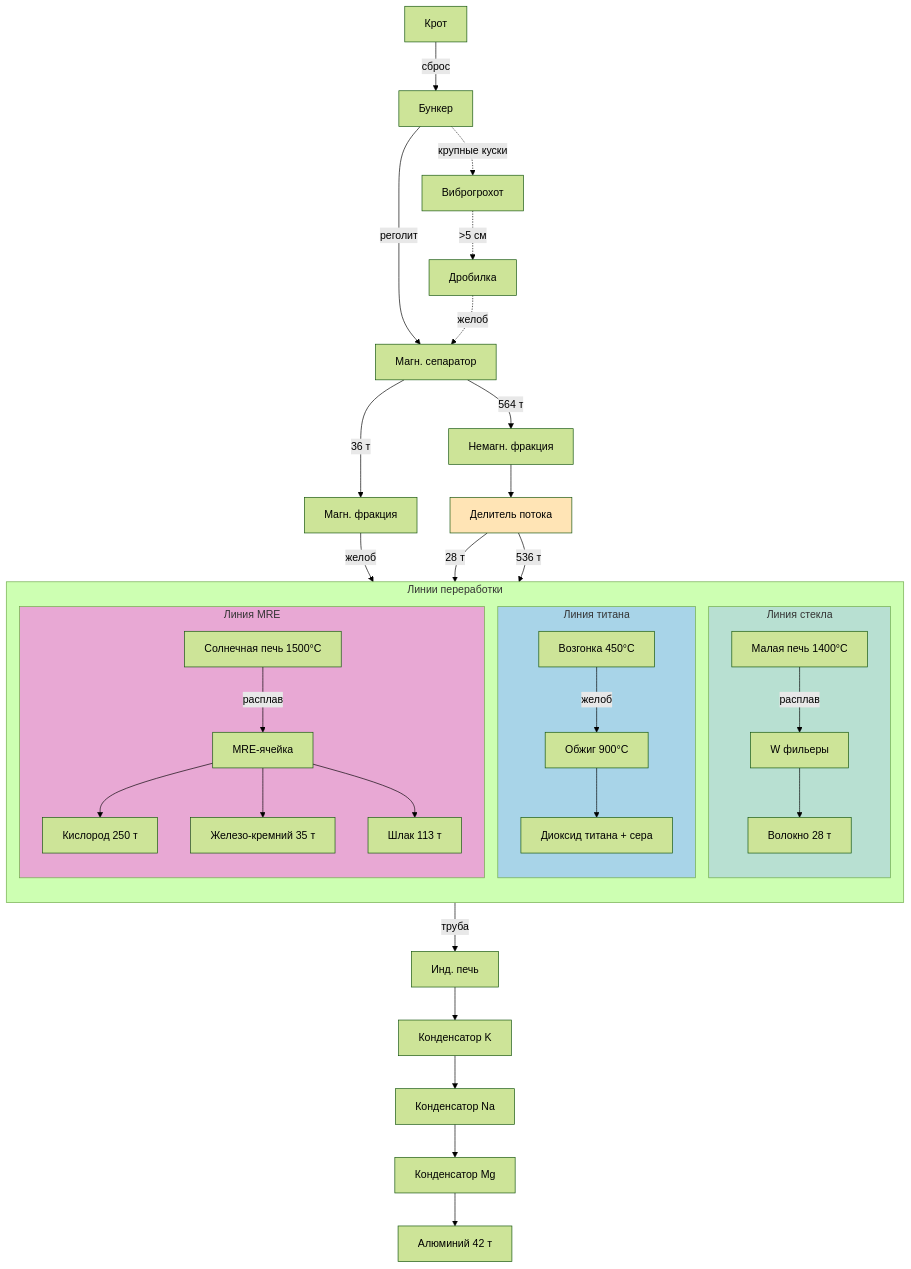
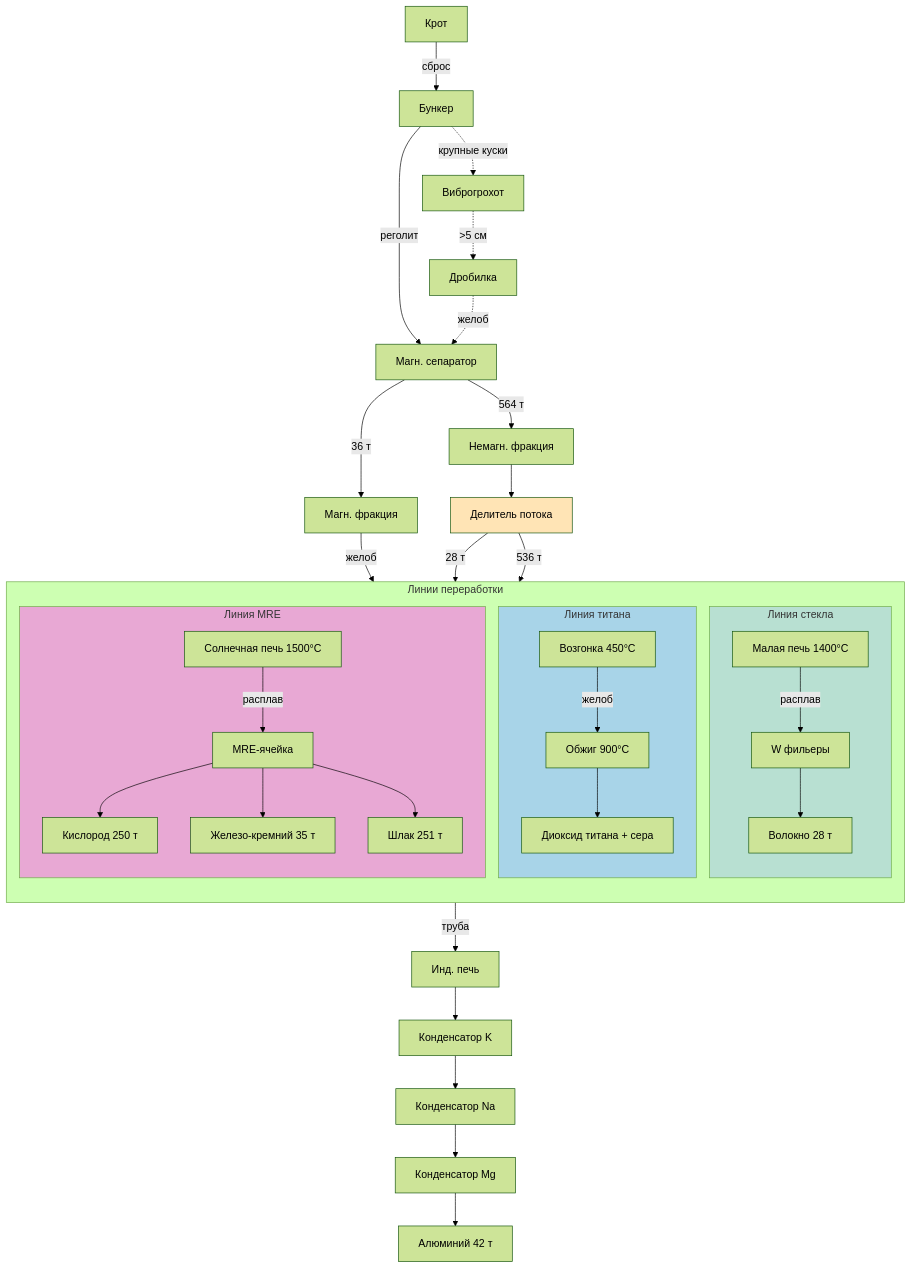
The first of 2 diagrams in ru/science/detailed/materials/overview.qmd (DmitryNasikanov/infinite-energy), drawn with Mermaid (forest theme) before and after one commit. The commit also changed other lines of this file and 24 other files, not shown here.

````diff
--- a/ru/science/detailed/materials/overview.qmd
+++ b/ru/science/detailed/materials/overview.qmd
@@ -38,59 +38,59 @@
 ```{mermaid}
 flowchart TD
     %% ДОБЫЧА И ПОДГОТОВКА
     KROT[Крот] -->|сброс| BUN[Бункер]
     BUN -->|реголит| SEP[Магн. сепаратор]
     BUN -.->|крупные куски| GR[Виброгрохот]
     GR -.->|>5 см| DR[Дробилка]
     DR -.->|желоб| SEP
 
     %% СЕПАРАЦИЯ - разделение на 2 потока
     SEP -->|36 т| MAGN[Магн. фракция]
     SEP -->|564 т| NMAG[Немагн. фракция]
 
     %% РАСПРЕДЕЛИТЕЛЬ ПОТОКА
     NMAG --> SPLIT[Делитель потока]
 
     %% ЛИНИИ ПЕРЕРАБОТКИ
     subgraph LINES[Линии переработки]
         direction TB
 
         subgraph TITANIUM[Линия титана]
             SF3[Возгонка 450°C]
             SF3 -->|желоб| TI_OX[Обжиг 900°C]
             TI_OX --> TI_OUT[Диоксид титана + сера]
         end
 
         subgraph GLASS_LINE[Линия стекла]
             SF1[Малая печь 1400°C]
             SF1 -->|расплав| FILT[W фильеры]
             FILT --> FIBER[Волокно 28 т]
         end
 
         subgraph MRE_LINE[Линия MRE]
             SF2[Солнечная печь 1500°C]
             SF2 -->|расплав| MRE[MRE-ячейка]
             MRE --> O2[Кислород 250 т]
             MRE --> FESI[Железо-кремний 35 т]
-            MRE --> SLAG[Шлак 113 т]
+            MRE --> SLAG[Шлак 251 т]
         end
     end
 
     %% Связи от сепарации к печам
     MAGN -->|желоб| SF3
     SPLIT -->|28 т| SF1
     SPLIT -->|536 т| SF2
 
     %% ДИСТИЛЛЯЦИЯ
     SLAG -->|труба| EQU024[Инд. печь]
     EQU024 --> EQU031[Конденсатор K]
     EQU031 --> EQU032[Конденсатор Na]
     EQU032 --> EQU033[Конденсатор Mg]
     EQU033 --> AL_OUT[Алюминий 42 т]
 
     %% Стили
     style TITANIUM fill:#a8d4e8
     style GLASS_LINE fill:#b8e0d2
     style MRE_LINE fill:#e8a8d4
     style SPLIT fill:#ffe4b5
 ```
````
